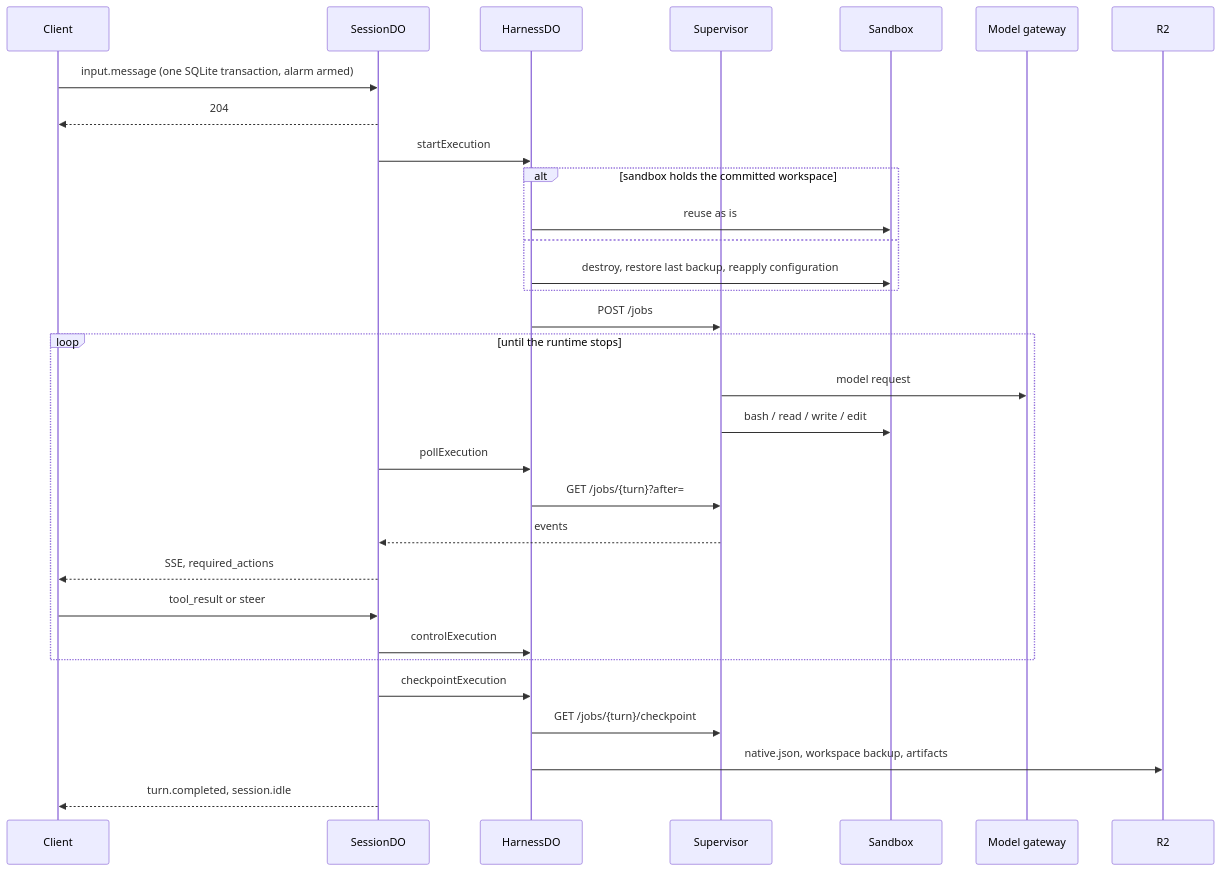
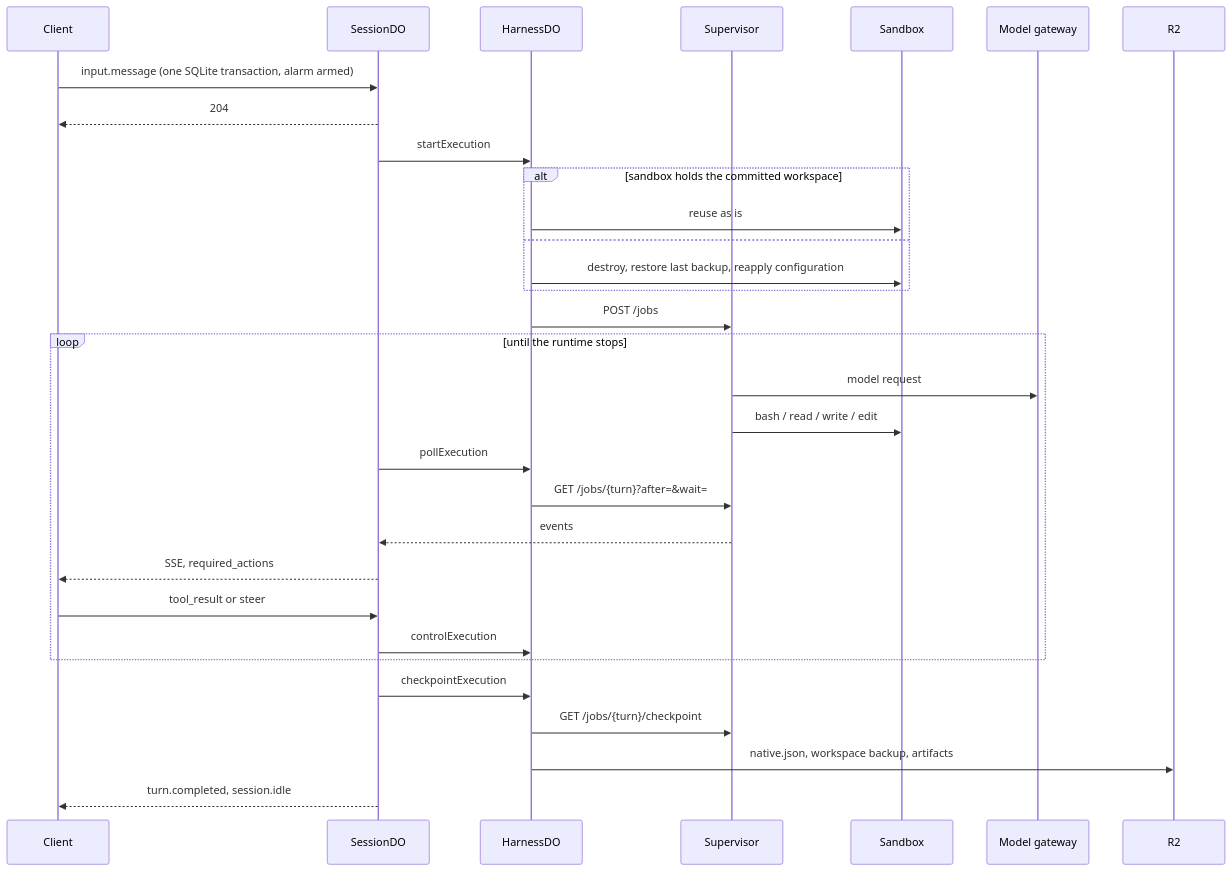
Before and after one commit to inaridiy/CF-Open-Agents-API: the diagram in docs/architecture.md, drawn with Mermaid. The commit also changed other lines of this file and 11 other files, not shown here.

First line of the commit message:
Document the Effect architecture as it now is

````diff
--- a/docs/architecture.md
+++ b/docs/architecture.md
@@ -23,33 +23,33 @@
 ```mermaid
 sequenceDiagram
   participant C as Client
   participant S as SessionDO
   participant H as HarnessDO
   participant N as Supervisor
   participant X as Sandbox
   participant G as Model gateway
   participant R as R2
   C->>S: input.message (one SQLite transaction, alarm armed)
   S-->>C: 204
   S->>H: startExecution
   alt sandbox holds the committed workspace
     H->>X: reuse as is
   else
     H->>X: destroy, restore last backup, reapply configuration
   end
   H->>N: POST /jobs
   loop until the runtime stops
     N->>G: model request
     N->>X: bash / read / write / edit
     S->>H: pollExecution
-    H->>N: GET /jobs/{turn}?after=
+    H->>N: GET /jobs/{turn}?after=&wait=
     N-->>S: events
     S-->>C: SSE, required_actions
     C->>S: tool_result or steer
     S->>H: controlExecution
   end
   S->>H: checkpointExecution
   H->>N: GET /jobs/{turn}/checkpoint
   H->>R: native.json, workspace backup, artifacts
   S-->>C: turn.completed, session.idle
 ```
````
